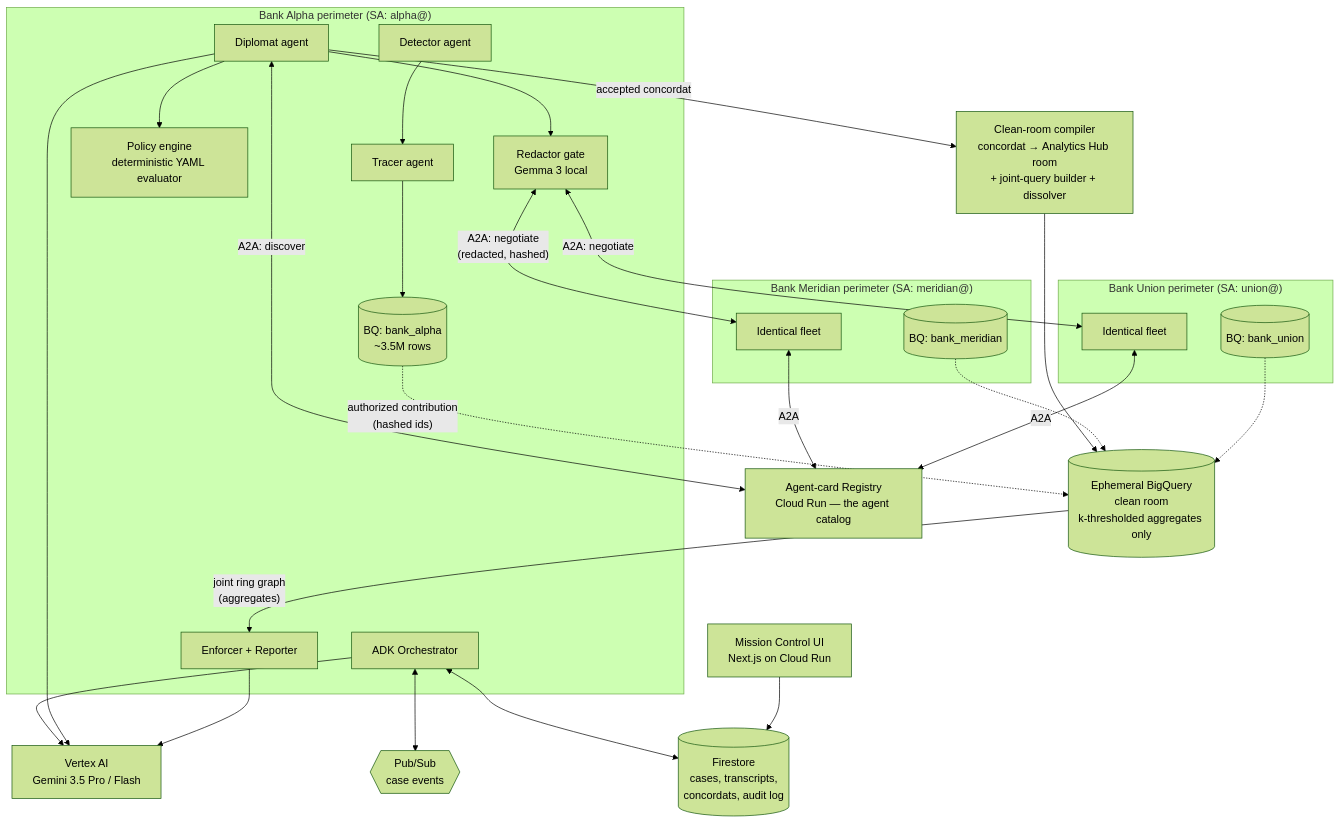
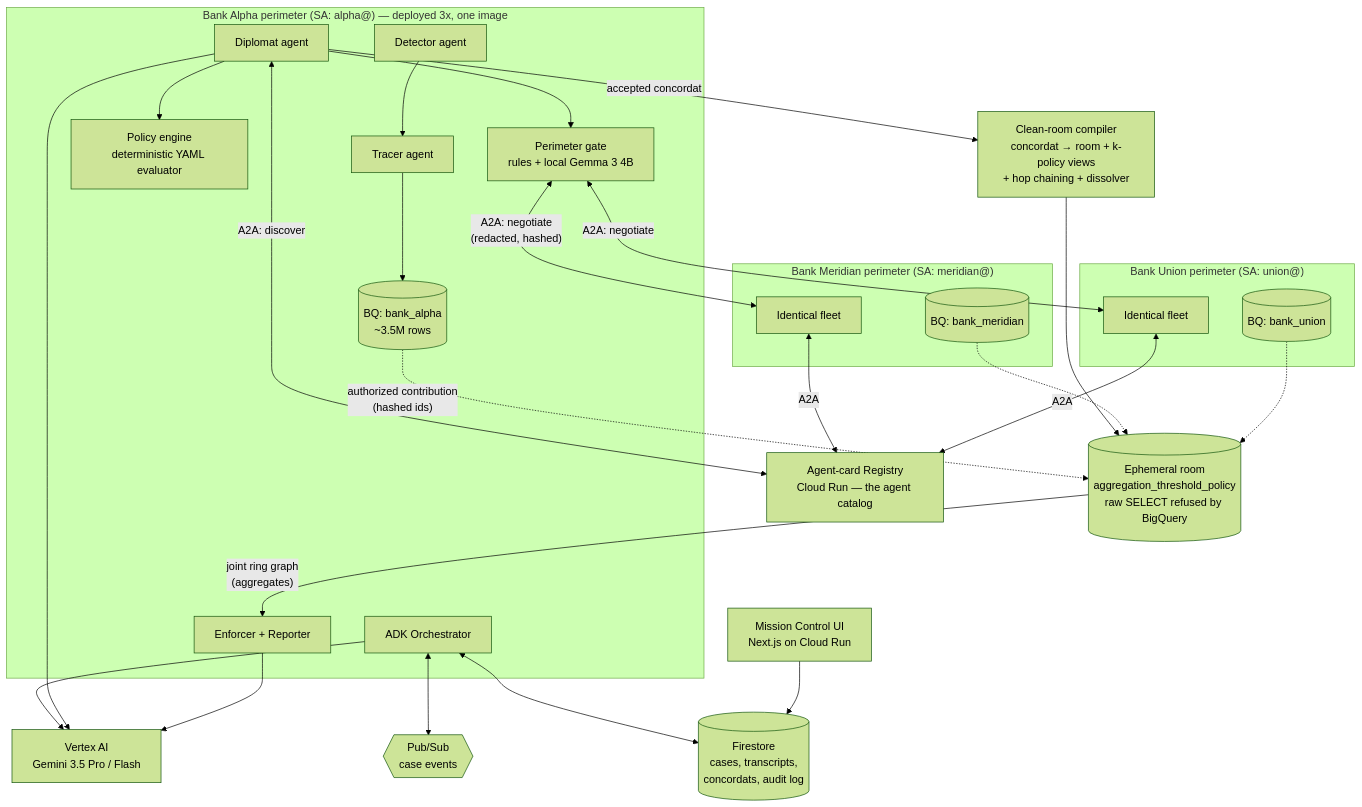
Before and after one commit to engr-krooozy/concordat: the diagram in ARCHITECTURE.md, drawn with Mermaid (forest theme). The commit also changed other lines of this file and 1 other file, not shown here.

Commit message:
docs: SPEC + ARCHITECTURE match shipped design (clean room mechanism, Gemma 4B, cooperative dissolution)

````diff
--- a/ARCHITECTURE.md
+++ b/ARCHITECTURE.md
@@ -13,49 +13,49 @@
 ```mermaid
 flowchart TB
-    subgraph ALPHA["Bank Alpha perimeter (SA: alpha@)"]
+    subgraph ALPHA["Bank Alpha perimeter (SA: alpha@) — deployed 3x, one image"]
         A_or[ADK Orchestrator]
         A_det[Detector agent]
         A_tr[Tracer agent]
         A_dip[Diplomat agent]
         A_pol[Policy engine<br/>deterministic YAML evaluator]
-        A_red[Redactor gate<br/>Gemma 3 local]
+        A_red[Perimeter gate<br/>rules + local Gemma 3 4B]
         A_enf[Enforcer + Reporter]
         A_bq[(BQ: bank_alpha<br/>~3.5M rows)]
         A_det --> A_tr --> A_bq
         A_dip --> A_pol
         A_dip --> A_red
     end
 
     subgraph MER["Bank Meridian perimeter (SA: meridian@)"]
         M_fleet[Identical fleet]
         M_bq[(BQ: bank_meridian)]
     end
     subgraph UNI["Bank Union perimeter (SA: union@)"]
         U_fleet[Identical fleet]
         U_bq[(BQ: bank_union)]
     end
 
     REG[Agent-card Registry<br/>Cloud Run — the agent catalog]
-    CR[Clean-room compiler<br/>concordat → Analytics Hub room<br/>+ joint-query builder + dissolver]
-    ROOM[(Ephemeral BigQuery<br/>clean room<br/>k-thresholded aggregates only)]
+    CR[Clean-room compiler<br/>concordat → room + k-policy views<br/>+ hop chaining + dissolver]
+    ROOM[(Ephemeral room<br/>aggregation_threshold_policy<br/>raw SELECT refused by BigQuery)]
     FS[(Firestore<br/>cases, transcripts,<br/>concordats, audit log)]
     PS{{Pub/Sub<br/>case events}}
     UI[Mission Control UI<br/>Next.js on Cloud Run]
     GEM[Vertex AI<br/>Gemini 3.5 Pro / Flash]
 
     A_dip <-- "A2A: discover" --> REG
     M_fleet <-- "A2A" --> REG
     U_fleet <-- "A2A" --> REG
     A_red <-- "A2A: negotiate<br/>(redacted, hashed)" --> M_fleet
     A_red <-- "A2A: negotiate" --> U_fleet
     A_dip -- "accepted concordat" --> CR
     CR --> ROOM
     A_bq -. "authorized contribution<br/>(hashed ids)" .-> ROOM
     M_bq -.-> ROOM
     U_bq -.-> ROOM
     ROOM -- "joint ring graph<br/>(aggregates)" --> A_enf
     A_or <--> PS
     A_or <--> FS
     UI --> FS
     A_or & A_dip & A_enf --> GEM
 ```
````
